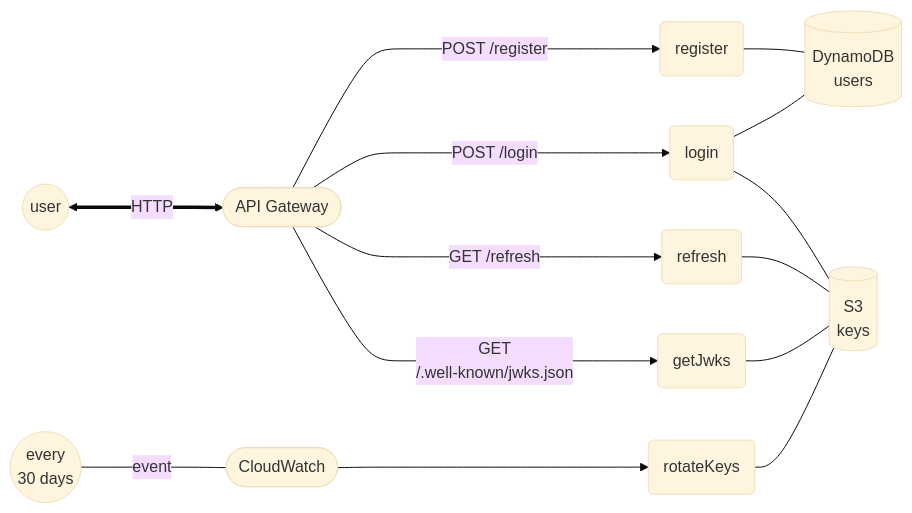
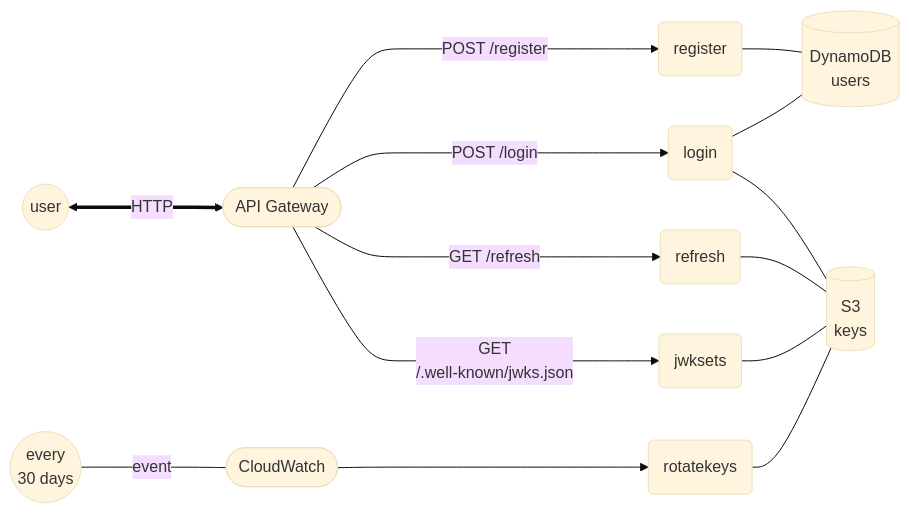
The diagram in README.md (dmsi/identeco), drawn with Mermaid (base theme) before and after one commit. The commit also changed other lines of this file and 27 other files, not shown here.

````diff
--- a/README.md
+++ b/README.md
@@ -17,21 +17,21 @@
 ```mermaid
 flowchart LR
 U((user)) <===> |HTTP| API([API Gateway])
 API ----> |POST /register| F_REGISTER(register)
 API ----> |POST /login| F_LOGIN(login)
 API ----> |GET /refresh| F_REFRESH(refresh)
-API ----> |GET<br/>/.well-known/jwks.json| F_GETJWKS(getJwks)
+API ----> |GET<br/>/.well-known/jwks.json| F_GETJWKS(jwksets)
 
 %% User data %%%
 F_REGISTER --- DB[(DynamoDB<br/>users)]
 F_LOGIN --- DB
 
 %% Private and public keys %%
 F_LOGIN --- S3[(S3<br/>keys)]
 F_REFRESH --- S3
 F_GETJWKS --- S3
 
 EVENT((every<br/>30 days)) ---- |event| CW([CloudWatch])
-CW ----> F_ROTATE(rotateKeys)
+CW ----> F_ROTATE(rotatekeys)
 F_ROTATE --- S3
 ```
````
